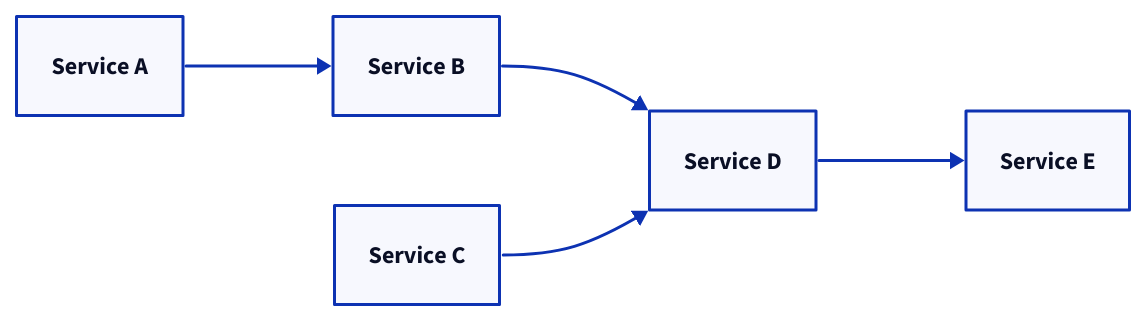
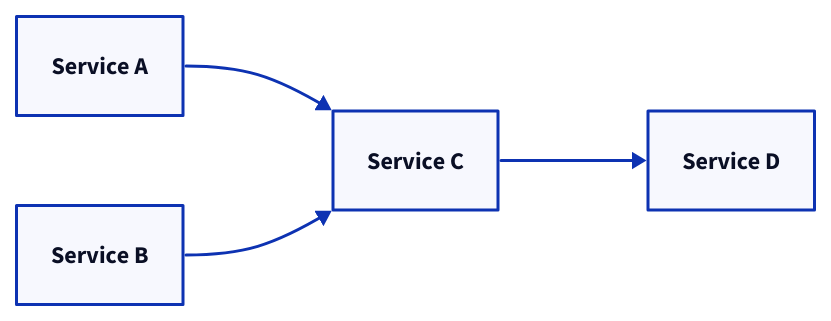
One commit to link1905/system-design-101 changed the eighth of 14 diagrams in content/web-service/service-cluster.md. Above: the diagram before and after it, drawn with D2. The commit also changed other lines of this file and 13 other files, not shown here.

````diff
--- a/content/web-service/service-cluster.md
+++ b/content/web-service/service-cluster.md
@@ -258,22 +265,18 @@
 ```d2
 direction: right
 a: Service A {
    class: server
 }
 b: Service B {
    class: server
 }
 c: Service C {
+   class: generic-error
+}
+d: Service D {
    class: server
 }
-d: Service D {
-   class: generic-error
-}
-e: Service E {
-   class: server
-}
-a -> b
-b -> d
+a -> c
+b -> c
 c -> d
-d -> e
 ```
````
